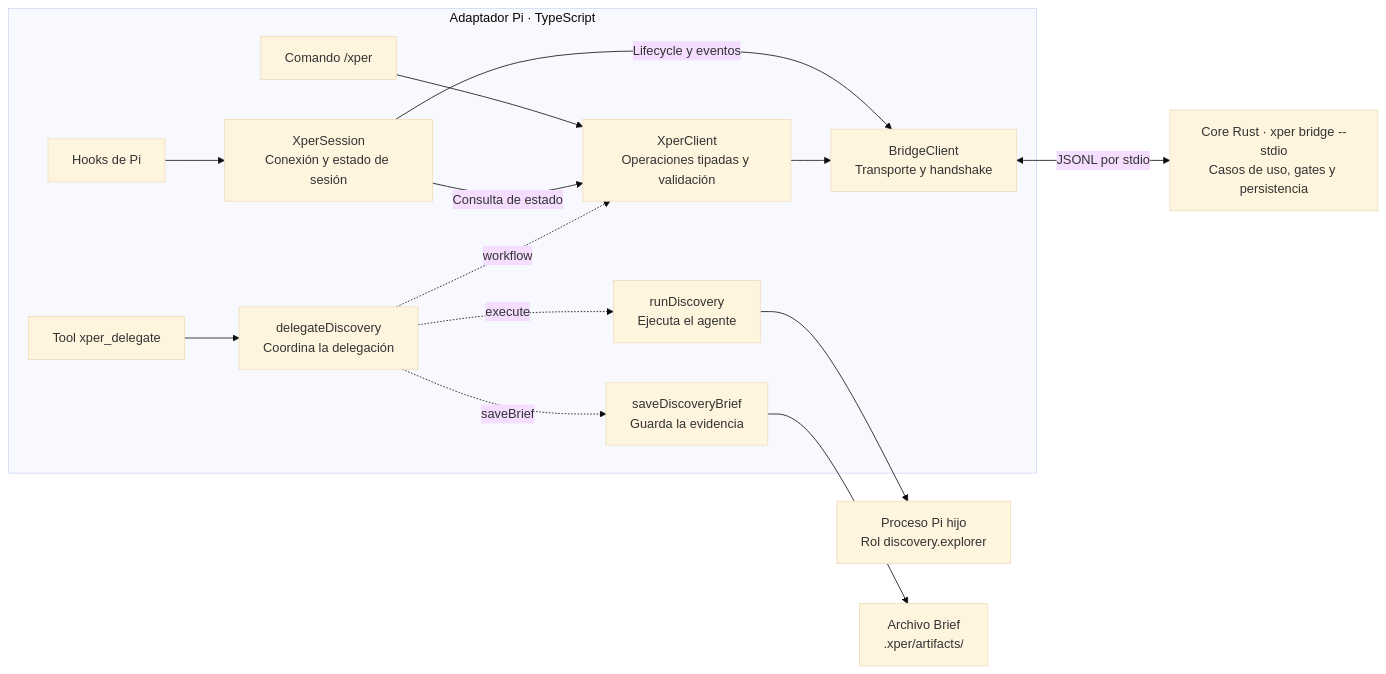
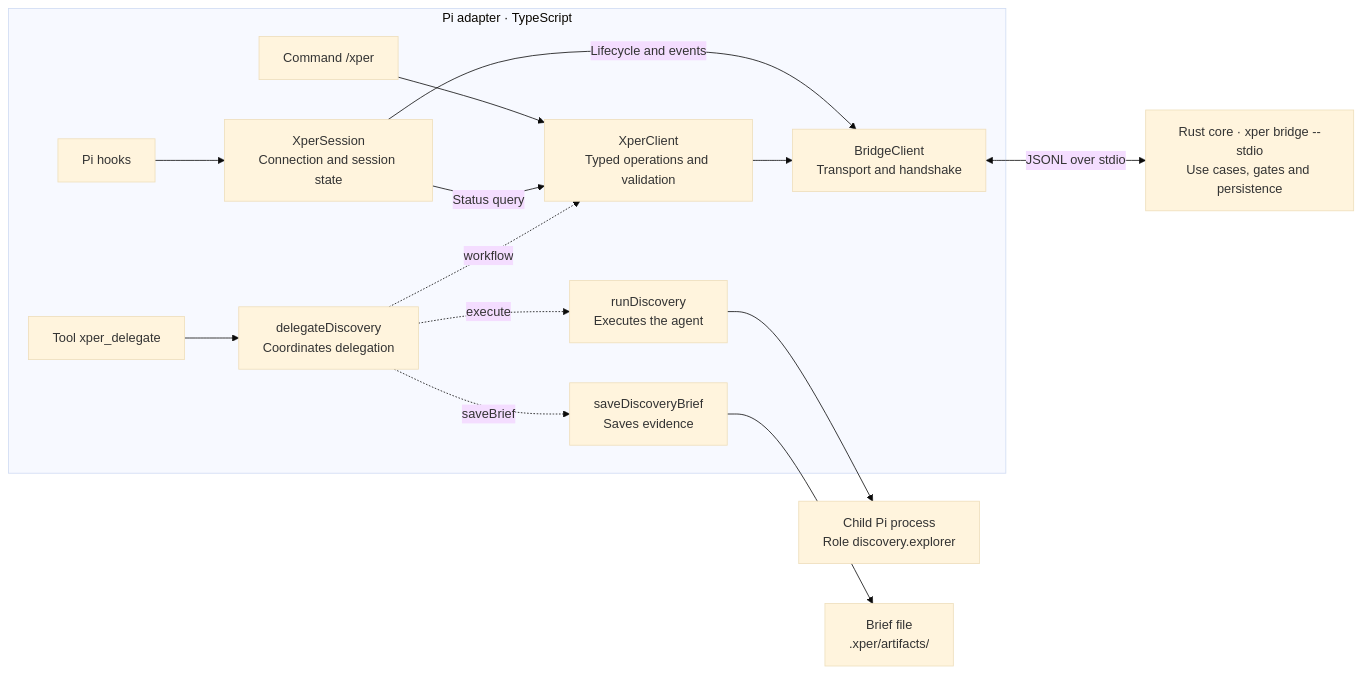
The diagram in adapters/pi/docs/architecture.md (xpersh/xper), drawn with Mermaid (base theme) before and after one commit. The commit also changed other lines of this file and 42 other files, not shown here.

````diff
--- a/adapters/pi/docs/architecture.md
+++ b/adapters/pi/docs/architecture.md
@@ -24,32 +24,32 @@
 ```mermaid
 flowchart LR
-    subgraph adapter["Adaptador Pi · TypeScript"]
-        command["Comando /xper"]
+    subgraph adapter["Pi adapter · TypeScript"]
+        command["Command /xper"]
         tool["Tool xper_delegate"]
-        hooks["Hooks de Pi"]
-        session["XperSession<br/>Conexión y estado de sesión"]
-        action["delegateDiscovery<br/>Coordina la delegación"]
-        client["XperClient<br/>Operaciones tipadas y validación"]
-        bridge["BridgeClient<br/>Transporte y handshake"]
-        executor["runDiscovery<br/>Ejecuta el agente"]
-        writer["saveDiscoveryBrief<br/>Guarda la evidencia"]
+        hooks["Pi hooks"]
+        session["XperSession<br/>Connection and session state"]
+        action["delegateDiscovery<br/>Coordinates delegation"]
+        client["XperClient<br/>Typed operations and validation"]
+        bridge["BridgeClient<br/>Transport and handshake"]
+        executor["runDiscovery<br/>Executes the agent"]
+        writer["saveDiscoveryBrief<br/>Saves evidence"]
 
         command --> client
         tool --> action
         hooks --> session
-        session -->|Consulta de estado| client
-        session -->|Lifecycle y eventos| bridge
+        session -->|Status query| client
+        session -->|Lifecycle and events| bridge
         action -. workflow .-> client
         action -. execute .-> executor
         action -. saveBrief .-> writer
         client --> bridge
     end
 
-    core["Core Rust · xper bridge --stdio<br/>Casos de uso, gates y persistencia"]
-    child["Proceso Pi hijo<br/>Rol discovery.explorer"]
-    brief["Archivo Brief<br/>.xper/artifacts/"]
+    core["Rust core · xper bridge --stdio<br/>Use cases, gates and persistence"]
+    child["Child Pi process<br/>Role discovery.explorer"]
+    brief["Brief file<br/>.xper/artifacts/"]
 
-    bridge <-->|JSONL por stdio| core
+    bridge <-->|JSONL over stdio| core
     executor --> child
     writer --> brief
 ```
````
